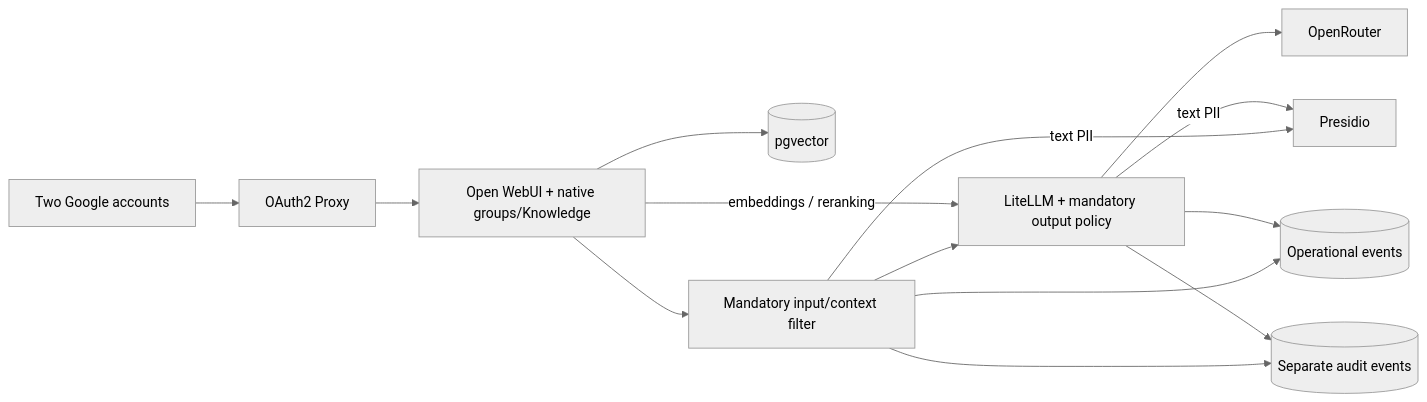
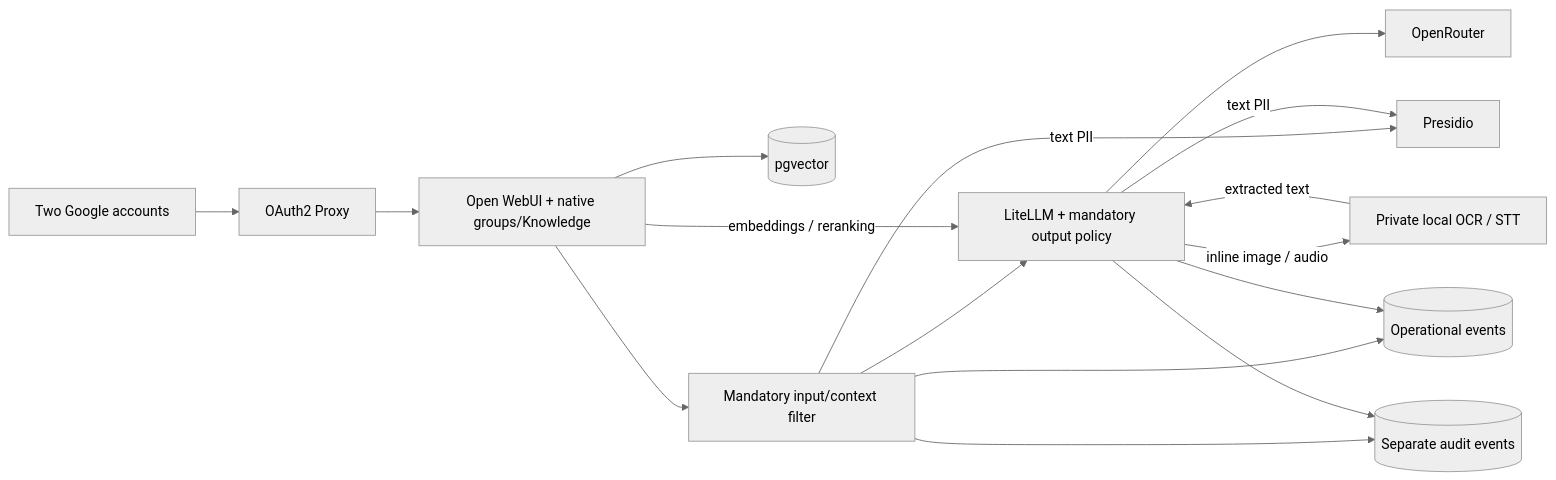
One commit to GoshaMareev/secure-llm-platform-reference changed the first of 2 diagrams in README.md. Above: the diagram before and after it, drawn with Mermaid (neutral theme). The commit also changed other lines of this file and 25 other files, not shown here.

````diff
--- a/README.md
+++ b/README.md
@@ -35,16 +35,18 @@
 ```mermaid
 flowchart LR
     U[Two Google accounts] --> A[OAuth2 Proxy]
     A --> W[Open WebUI + native groups/Knowledge]
     W --> V[(pgvector)]
     W --> F[Mandatory input/context filter]
     F --> L[LiteLLM + mandatory output policy]
     W -- embeddings / reranking --> L
     L --> O[OpenRouter]
     F -- text PII --> P[Presidio]
     L -- text PII --> P
+    L -- inline image / audio --> M[Private local OCR / STT]
+    M -- extracted text --> L
     F --> R[(Operational events)]
     L --> R
     F --> AU[(Separate audit events)]
     L --> AU
 ```
````
